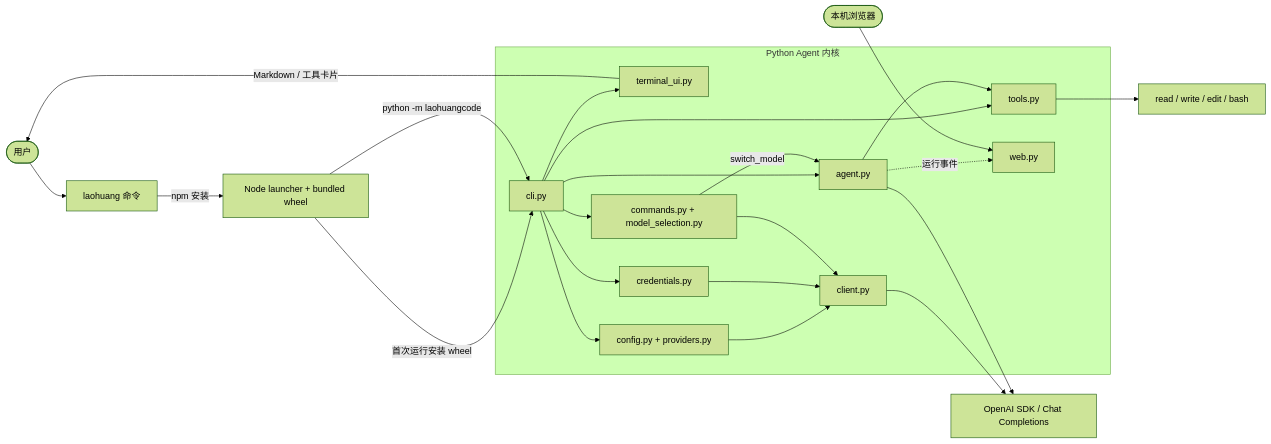
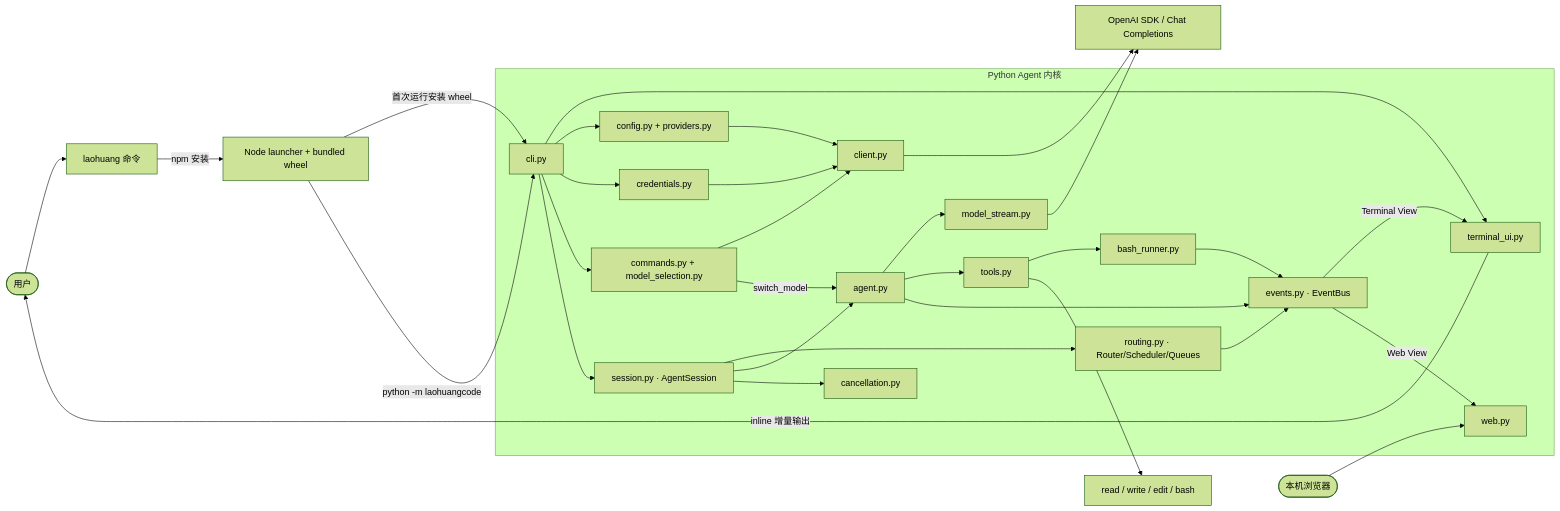
The first of 2 diagrams in docs/architecture.md (hxr223/laoHuangCode), drawn with Mermaid (forest theme) before and after one commit. The commit also changed other lines of this file and 24 other files, not shown here.

````diff
--- a/docs/architecture.md
+++ b/docs/architecture.md
@@ -51,28 +58,36 @@
 ```mermaid
 flowchart LR
     User([用户]) --> Entry["laohuang 命令"]
     Entry -->|npm 安装| Launcher["Node launcher + bundled wheel"]
     Launcher -->|首次运行安装 wheel| CLI["cli.py"]
     Launcher -->|python -m laohuangcode| CLI
 
     subgraph Core["Python Agent 内核"]
         CLI --> TUI["terminal_ui.py"]
         CLI --> Profiles["config.py + providers.py"]
         CLI --> Secrets["credentials.py"]
         CLI --> Commands["commands.py + model_selection.py"]
         Profiles --> Client["client.py"]
         Secrets --> Client
         Commands --> Client
-        CLI --> Agent["agent.py"]
+        CLI --> Session["session.py · AgentSession"]
+        Session --> Router["routing.py · Router/Scheduler/Queues"]
+        Session --> Agent["agent.py"]
         Commands -->|switch_model| Agent
-        CLI --> Registry["tools.py"]
-        Agent --> Registry
-        Agent -.运行事件.-> Web["web.py"]
+        Agent --> Stream["model_stream.py"]
+        Agent --> Registry["tools.py"]
+        Registry --> Bash["bash_runner.py"]
+        Session --> Cancel["cancellation.py"]
+        Agent --> Events["events.py · EventBus"]
+        Router --> Events
+        Bash --> Events
+        Events -->|Terminal View| TUI
+        Events -->|Web View| Web["web.py"]
     end
 
-    TUI -->|Markdown / 工具卡片| User
+    TUI -->|inline 增量输出| User
     Client --> SDK["OpenAI SDK / Chat Completions"]
-    Agent --> SDK
+    Stream --> SDK
     Registry --> Tools["read / write / edit / bash"]
     Browser([本机浏览器]) --> Web
 ```
````
